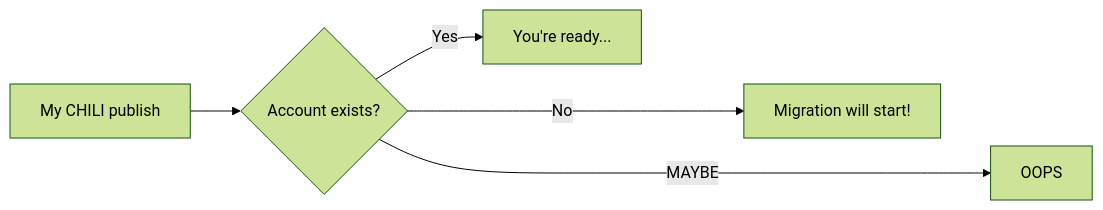
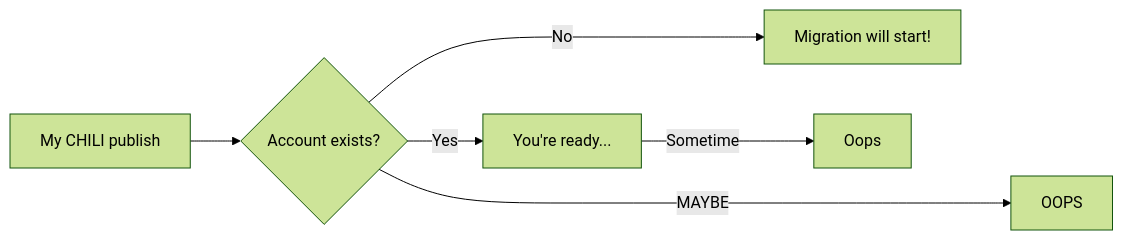
Before and after one commit to chili-publish/grafx-documentation: the diagram in docs/test.md, drawn with Mermaid (forest theme). The commit also changed 4 other files, not shown here.

````diff
--- a/docs/test.md
+++ b/docs/test.md
@@ -4,7 +4,8 @@
 ``` mermaid
 graph LR
   A[My CHILI publish] --> B{Account exists?};
   B -->|Yes| C[You're ready...];
   B ---->|MAYBE| D[OOPS];
   B --->|No| E[Migration will start!];
+  C -->|Sometime| F[Oops];
 ```
````
